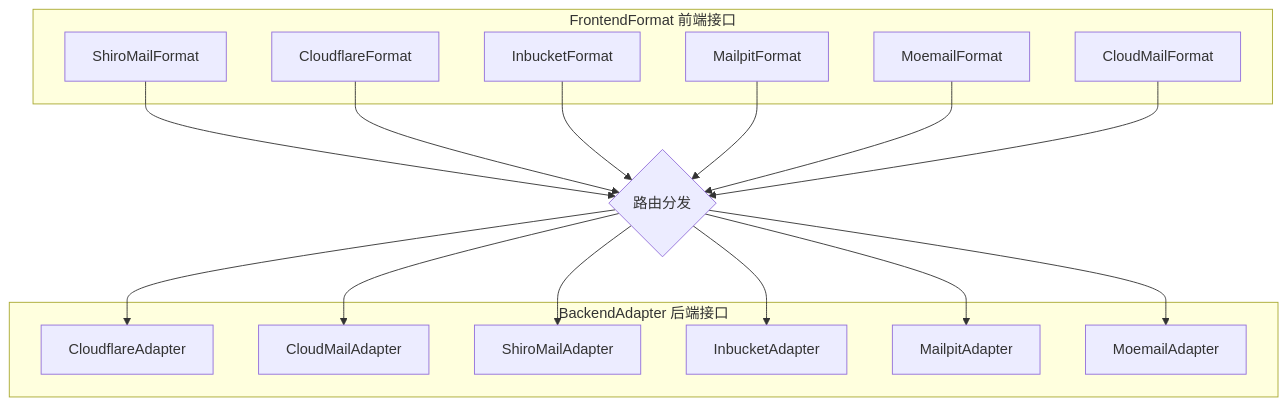
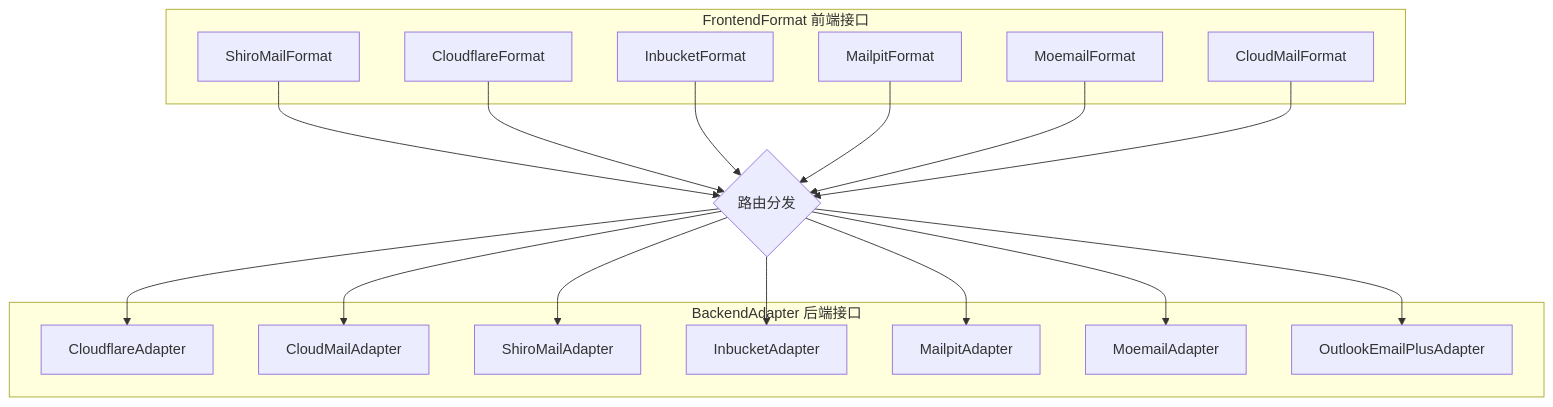
The second of 3 diagrams in README.md (WangChuDi/everyMail), drawn with Mermaid before and after one commit. The commit also changed other lines of this file and 2 other files, not shown here.

First line of the commit message:
docs: document OutlookEmailPlus backend configuration

````diff
--- a/README.md
+++ b/README.md
@@ -385,23 +418,24 @@
 ```mermaid
 graph TB
     subgraph "FrontendFormat 前端接口"
         F1[ShiroMailFormat]
         F2[CloudflareFormat]
         F3[InbucketFormat]
         F4[MailpitFormat]
         F5[MoemailFormat]
         F6[CloudMailFormat]
     end
 
     subgraph "BackendAdapter 后端接口"
         B1[CloudflareAdapter]
         B2[CloudMailAdapter]
         B3[ShiroMailAdapter]
         B4[InbucketAdapter]
         B5[MailpitAdapter]
         B6[MoemailAdapter]
+        B7[OutlookEmailPlusAdapter]
     end
 
     F1 & F2 & F3 & F4 & F5 & F6 --> Router{路由分发}
-    Router --> B1 & B2 & B3 & B4 & B5 & B6
+    Router --> B1 & B2 & B3 & B4 & B5 & B6 & B7
 ```
````
